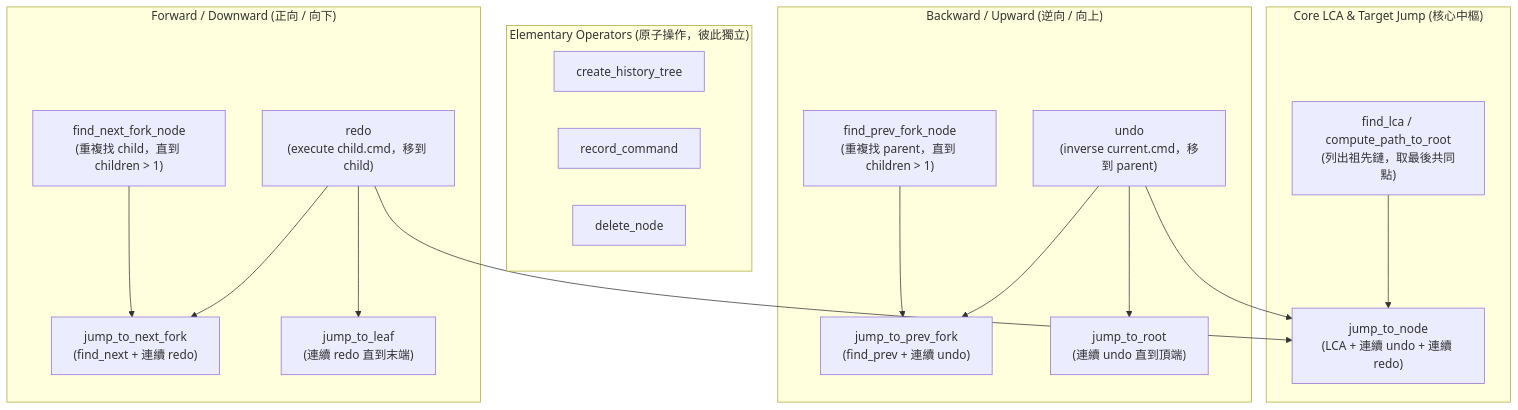
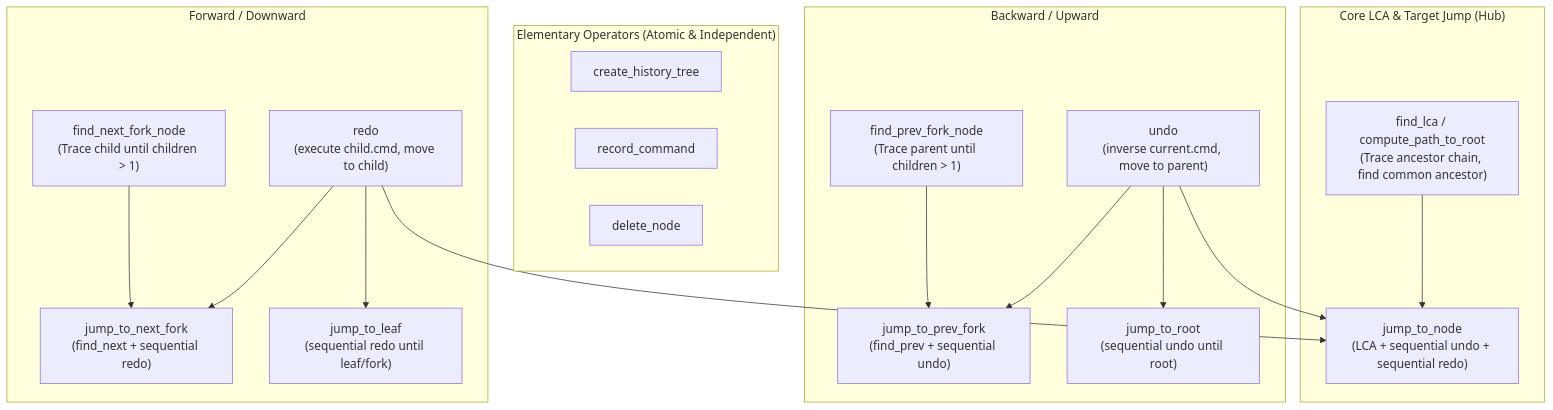
Before and after one commit to wVQ88Soi2Il9/vF0hcy4377Sf: the diagram in docs/QA/2608251715.md, drawn with Mermaid. The commit also changed other lines of this file and 74 other files, not shown here.

````diff
--- a/docs/QA/2608251715.md
+++ b/docs/QA/2608251715.md
@@ -41,46 +41,46 @@
 ```mermaid
 flowchart TD
-    %% 基礎原子層
-    subgraph Elementary["Elementary Operators (原子操作，彼此獨立)"]
+    %% Elementary Operators
+    subgraph Elementary["Elementary Operators (Atomic & Independent)"]
         create_tree["create_history_tree"]
         record_cmd["record_command"]
         delete_node["delete_node"]
     end
 
-    %% 核心中樞
-    subgraph Core["Core LCA & Target Jump (核心中樞)"]
-        lca["find_lca / compute_path_to_root<br/>(列出祖先鏈，取最後共同點)"]
-        jump_node["jump_to_node<br/>(LCA + 連續 undo + 連續 redo)"]
+    %% Core Hub
+    subgraph Core["Core LCA & Target Jump (Hub)"]
+        lca["find_lca / compute_path_to_root<br/>(Trace ancestor chain, find common ancestor)"]
+        jump_node["jump_to_node<br/>(LCA + sequential undo + sequential redo)"]
     end
 
-    %% 左側：逆向（Undo / Prev）系列
-    subgraph Upward["Backward / Upward (逆向 / 向上)"]
-        find_prev["find_prev_fork_node<br/>(重複找 parent，直到 children > 1)"]
-        undo["undo<br/>(inverse current.cmd，移到 parent)"]
-        jump_prev["jump_to_prev_fork<br/>(find_prev + 連續 undo)"]
-        jump_root["jump_to_root<br/>(連續 undo 直到頂端)"]
+    %% Left: Backward / Upward
+    subgraph Upward["Backward / Upward"]
+        find_prev["find_prev_fork_node<br/>(Trace parent until children > 1)"]
+        undo["undo<br/>(inverse current.cmd, move to parent)"]
+        jump_prev["jump_to_prev_fork<br/>(find_prev + sequential undo)"]
+        jump_root["jump_to_root<br/>(sequential undo until root)"]
     end
 
-    %% 右側：正向（Redo / Next）系列
-    subgraph Downward["Forward / Downward (正向 / 向下)"]
-        find_next["find_next_fork_node<br/>(重複找 child，直到 children > 1)"]
-        redo["redo<br/>(execute child.cmd，移到 child)"]
-        jump_next["jump_to_next_fork<br/>(find_next + 連續 redo)"]
-        jump_leaf["jump_to_leaf<br/>(連續 redo 直到末端)"]
+    %% Right: Forward / Downward
+    subgraph Downward["Forward / Downward"]
+        find_next["find_next_fork_node<br/>(Trace child until children > 1)"]
+        redo["redo<br/>(execute child.cmd, move to child)"]
+        jump_next["jump_to_next_fork<br/>(find_next + sequential redo)"]
+        jump_leaf["jump_to_leaf<br/>(sequential redo until leaf/fork)"]
     end
 
-    %% 左側連線
+    %% Left connections
     find_prev --> jump_prev
     undo --> jump_prev
     undo --> jump_root
     undo --> jump_node
 
-    %% 右側連線
+    %% Right connections
     find_next --> jump_next
     redo --> jump_next
     redo --> jump_leaf
     redo --> jump_node
 
-    %% 中樞連線
+    %% Hub connections
     lca --> jump_node
 ```
````
